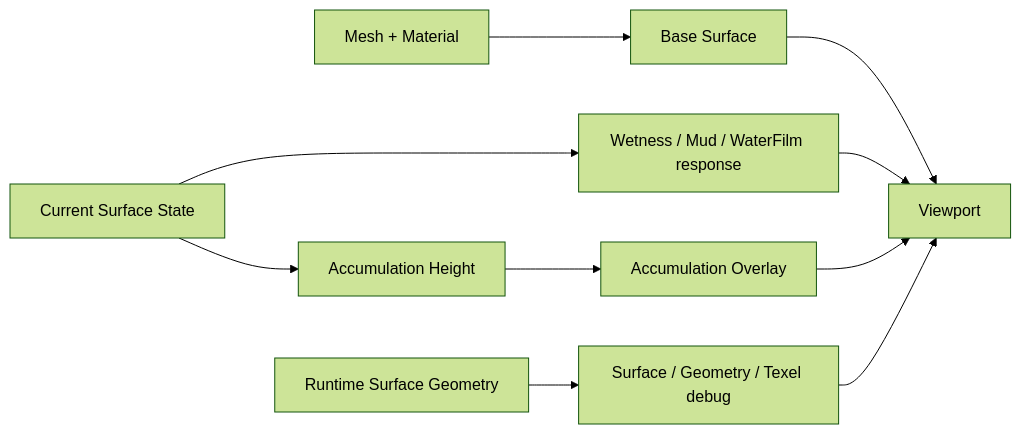
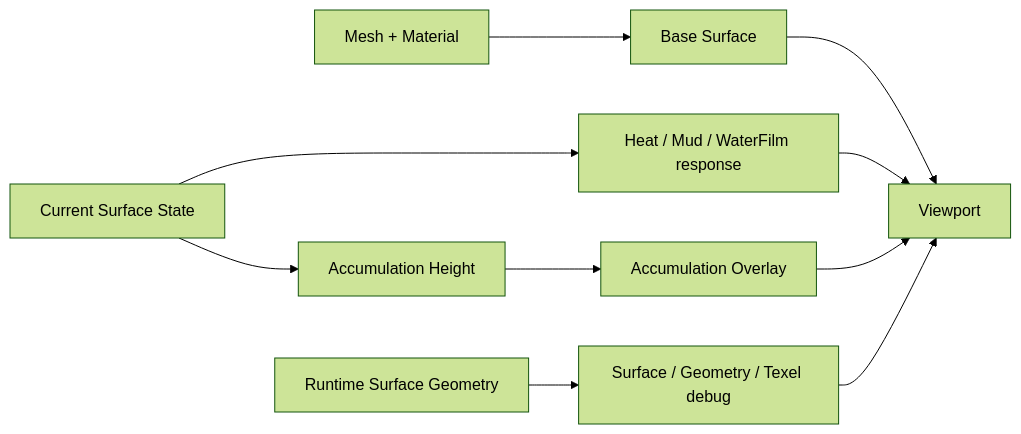
The fifth of 5 diagrams in Docs/MDSSP-Vault/03_Architecture/0010_System-Flows.md (Yonaim/Material-Dependent-Surface-State-Engine), drawn with Mermaid (forest theme) before and after one commit. The commit also changed 28 other files, not shown here.

````diff
--- a/Docs/MDSSP-Vault/03_Architecture/0010_System-Flows.md
+++ b/Docs/MDSSP-Vault/03_Architecture/0010_System-Flows.md
@@ -74,12 +74,12 @@
 ```mermaid
 flowchart LR
   Mesh["Mesh + Material"] --> Base["Base Surface"]
-  State["Current Surface State"] --> Appearance["Wetness / Mud / WaterFilm response"]
+  State["Current Surface State"] --> Appearance["Heat / Mud / WaterFilm response"]
   State --> Height["Accumulation Height"]
   Height --> Overlay["Accumulation Overlay"]
   Runtime["Runtime Surface Geometry"] --> Debug["Surface / Geometry / Texel debug"]
   Base --> Frame["Viewport"]
   Appearance --> Frame
   Overlay --> Frame
   Debug --> Frame
 ```
````
